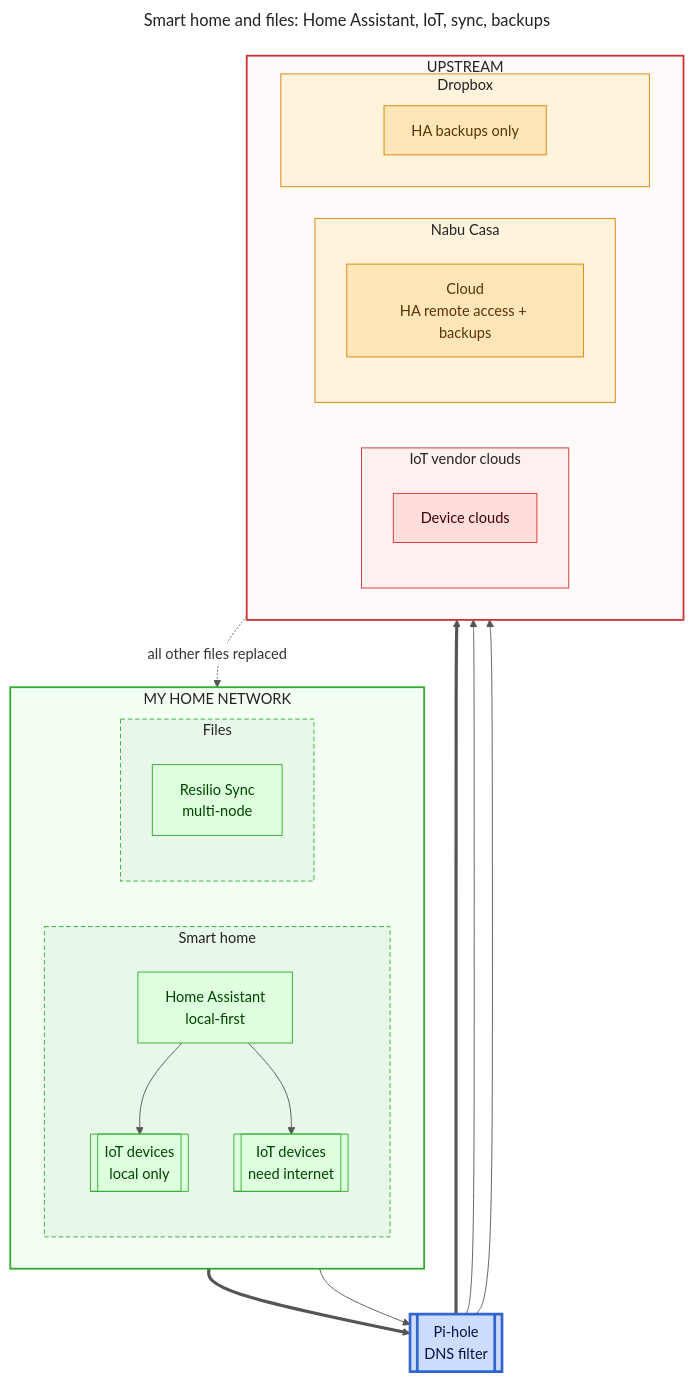
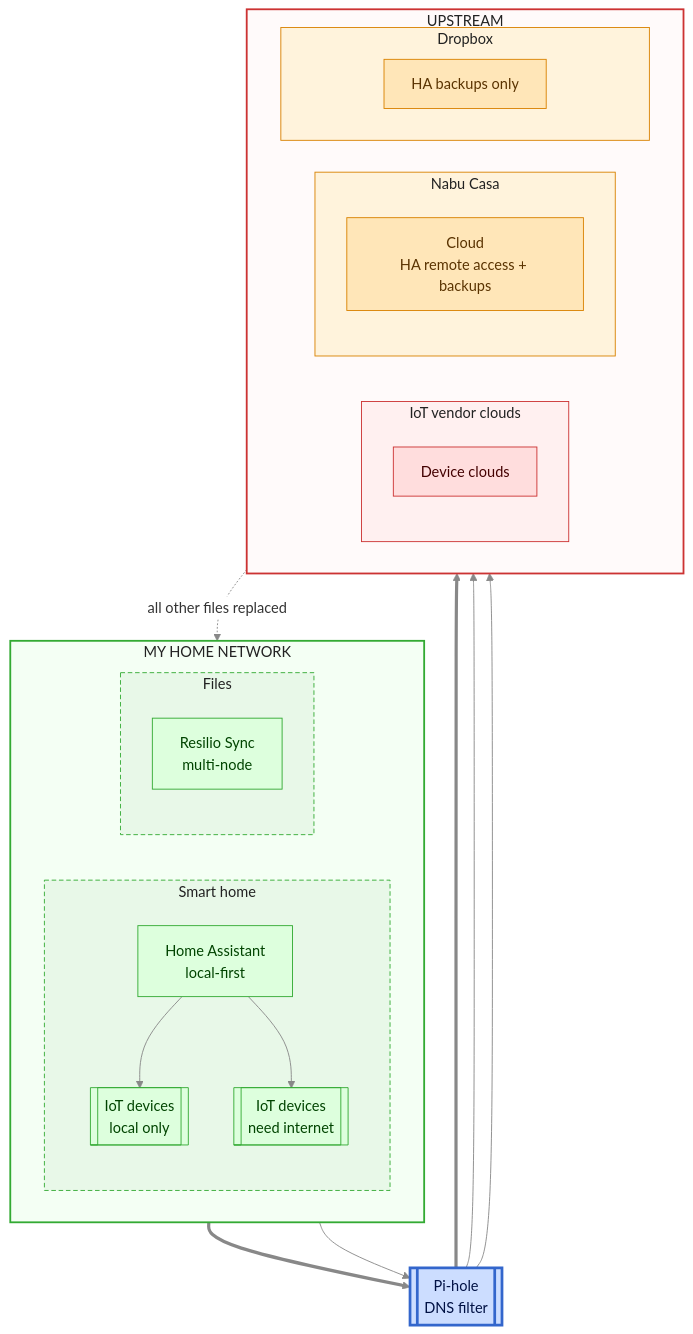
Before and after one commit to lowlydba/torch-the-tech: the third of 4 diagrams in README.md, drawn with Mermaid. The commit also changed other lines of this file, not shown here.

Commit message:
Rework legend, drop chart titles for dark mode

````diff
--- a/README.md
+++ b/README.md
@@ -113,72 +162,71 @@
 ```mermaid
 ---
-title: "Smart home and files: Home Assistant, IoT, sync, backups"
 config:
   theme: base
   themeVariables:
     textColor: '#222222'
     titleColor: '#222222'
     edgeLabelBackground: '#ffffff'
-    lineColor: '#555555'
+    lineColor: '#888888'
 ---
 flowchart TB
     subgraph home["MY HOME NETWORK"]
         direction LR
 
         subgraph h_smart["Smart home"]
             direction TB
             ha[Home Assistant<br/>local-first]
             iot_l[[IoT devices<br/>local only]]
             iot_c[[IoT devices<br/>need internet]]
             ha --> iot_l
             ha --> iot_c
         end
 
         subgraph h_files["Files"]
             direction TB
             resilio[Resilio Sync<br/>multi-node]
         end
     end
 
     pihole[[Pi-hole<br/>DNS filter]]
 
     subgraph out["UPSTREAM"]
         direction LR
 
         subgraph vendors["IoT vendor clouds"]
             vcloud[Device clouds]
         end
 
         subgraph nabu["Nabu Casa"]
             nabucloud[Cloud<br/>HA remote access + backups]
         end
 
         subgraph dropbox["Dropbox"]
             dbx[HA backups only]
         end
     end
 
     h_smart ==> pihole
     h_files --> pihole
     pihole ==> vendors
     pihole --> nabu
     pihole --> dropbox
 
     dbx -. "all other files replaced" .-> resilio
 
     classDef big fill:#fdd,stroke:#c33,color:#400
     classDef self fill:#dfd,stroke:#3a3,color:#040
     classDef gate fill:#cdf,stroke:#36c,stroke-width:3px,color:#014
     classDef hosted fill:#ffe6b8,stroke:#d98200,color:#5a3300
     class vcloud big
     class nabucloud,dbx hosted
     class ha,iot_l,iot_c,resilio self
     class pihole gate
     style home fill:#f4fff4,stroke:#3a3,stroke-width:2px,color:#222
     style out fill:#fffafa,stroke:#c33,stroke-width:2px,color:#222
     style h_smart fill:#e8f8e8,stroke:#3a3,stroke-dasharray: 5 3,color:#222
     style h_files fill:#e8f8e8,stroke:#3a3,stroke-dasharray: 5 3,color:#222
     style vendors fill:#fff0f0,stroke:#c33,color:#222
     style nabu fill:#fff3dc,stroke:#d98200,color:#222
     style dropbox fill:#fff3dc,stroke:#d98200,color:#222
 ```
````
